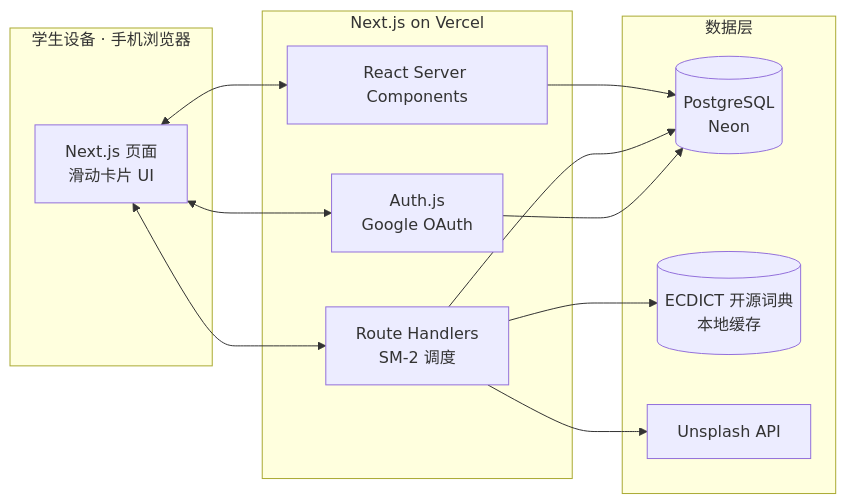
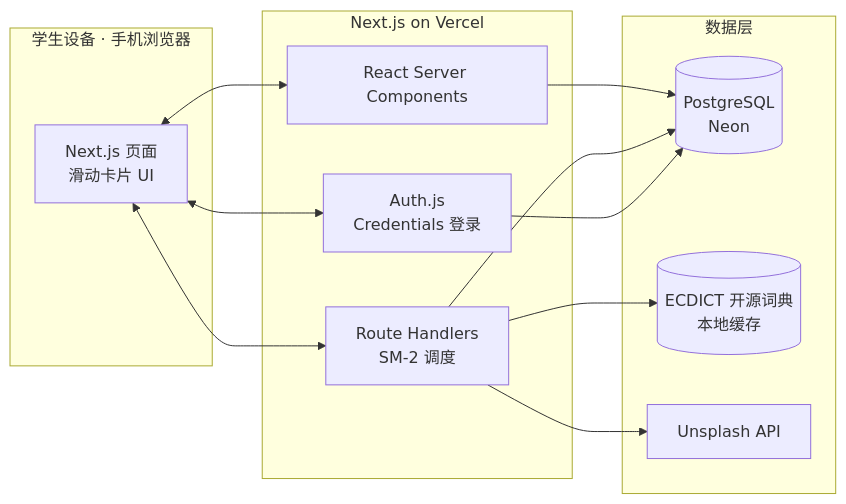
The diagram in PLAN.md (kukateng-cell/English), drawn with Mermaid before and after one commit. The commit also changed other lines of this file and 3 other files, not shown here.

Commit message:
feat: switch auth from email OAuth to pre-seeded student credentials

````diff
--- a/PLAN.md
+++ b/PLAN.md
@@ -173,27 +173,27 @@
 ```mermaid
 flowchart LR
     subgraph Client[学生设备 · 手机浏览器]
         UI[Next.js 页面<br/>滑动卡片 UI]
     end
 
     subgraph Server[Next.js on Vercel]
         RSC[React Server Components]
         API[Route Handlers<br/>SM-2 调度]
-        Auth[Auth.js<br/>Google OAuth]
+        Auth[Auth.js<br/>Credentials 登录]
     end
 
     subgraph Data[数据层]
         PG[(PostgreSQL<br/>Neon)]
         ECDICT[(ECDICT 开源词典<br/>本地缓存)]
         Unsplash[Unsplash API]
     end
 
     UI <--> RSC
     UI <--> API
     UI <--> Auth
     RSC --> PG
     API --> PG
     API --> ECDICT
     API --> Unsplash
     Auth --> PG
 ```
````
